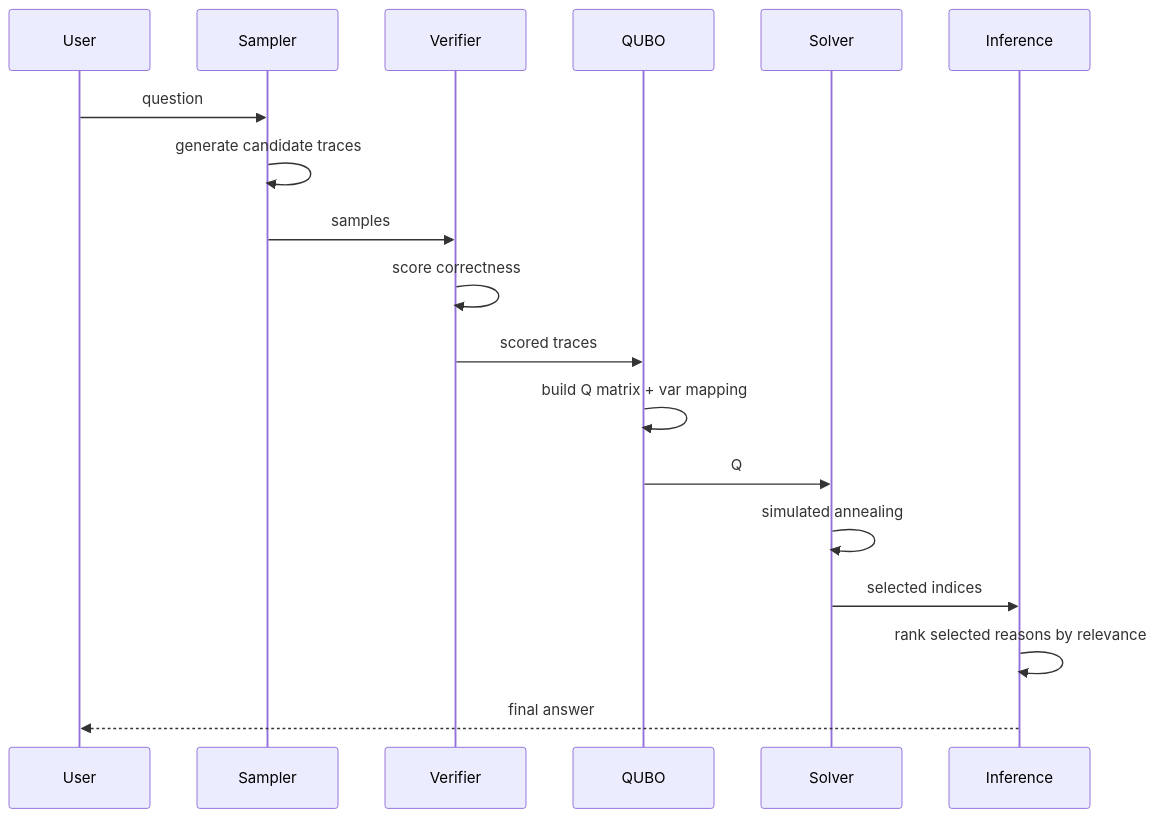
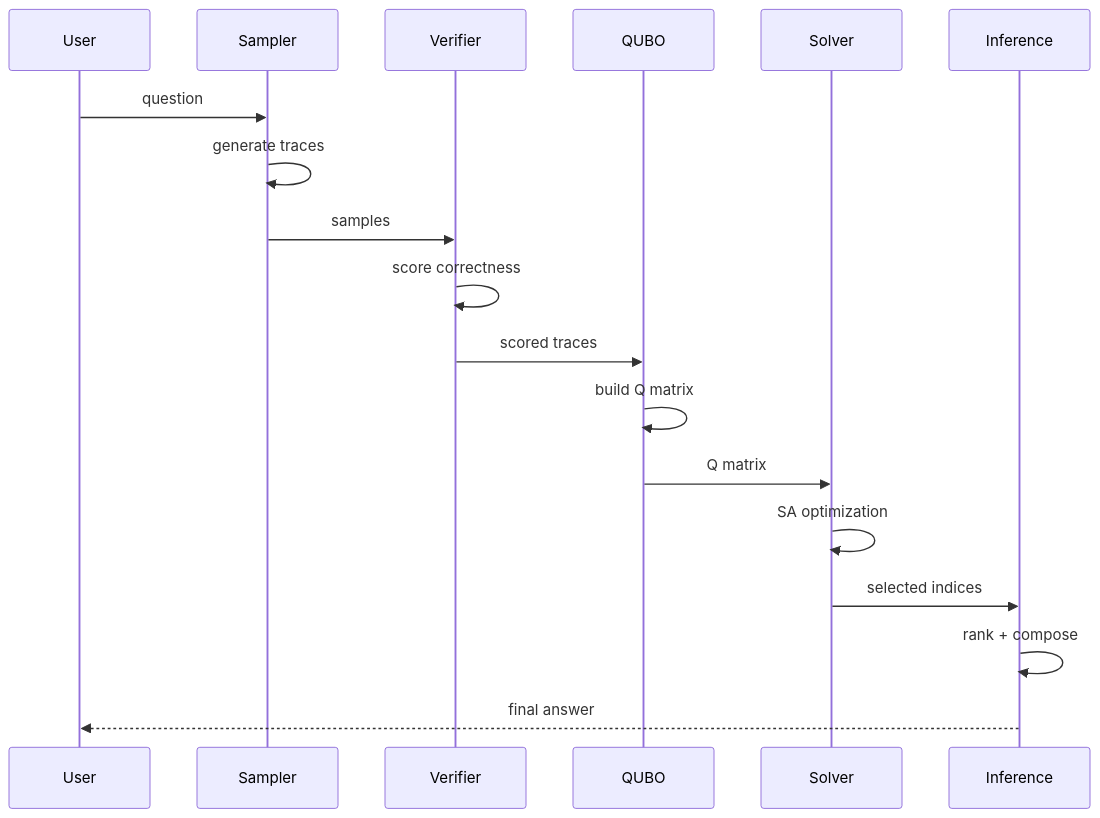
Before and after one commit to tanaymitra54/samsung_backup: the fourth of 15 diagrams in README.md, drawn with Mermaid. The commit also changed other lines of this file, not shown here.

Commit message:
Simplify README Mermaid diagrams: shorter labels, cleaner visuals, less text

````diff
--- a/README.md
+++ b/README.md
@@ -123,21 +119,20 @@
 ```mermaid
 sequenceDiagram
-    participant User
-    participant Sampler
-    participant Verifier
-    participant QUBO
-    participant Solver
-    participant Inference
-
-    User->>Sampler: question
-    Sampler->>Sampler: generate candidate traces
-    Sampler->>Verifier: samples
-    Verifier->>Verifier: score correctness
-    Verifier->>QUBO: scored traces
-    QUBO->>QUBO: build Q matrix + var mapping
-    QUBO->>Solver: Q
-    Solver->>Solver: simulated annealing
-    Solver->>Inference: selected indices
-    Inference->>Inference: rank selected reasons by relevance
-    Inference-->>User: final answer
+    participant U as User
+    participant S as Sampler
+    participant V as Verifier
+    participant Q as QUBO
+    participant L as Solver
+    participant I as Inference
+    U->>S: question
+    S->>S: generate traces
+    S->>V: samples
+    V->>V: score correctness
+    V->>Q: scored traces
+    Q->>Q: build Q matrix
+    Q->>L: Q matrix
+    L->>L: SA optimization
+    L->>I: selected indices
+    I->>I: rank + compose
+    I-->>U: final answer
 ```
````
